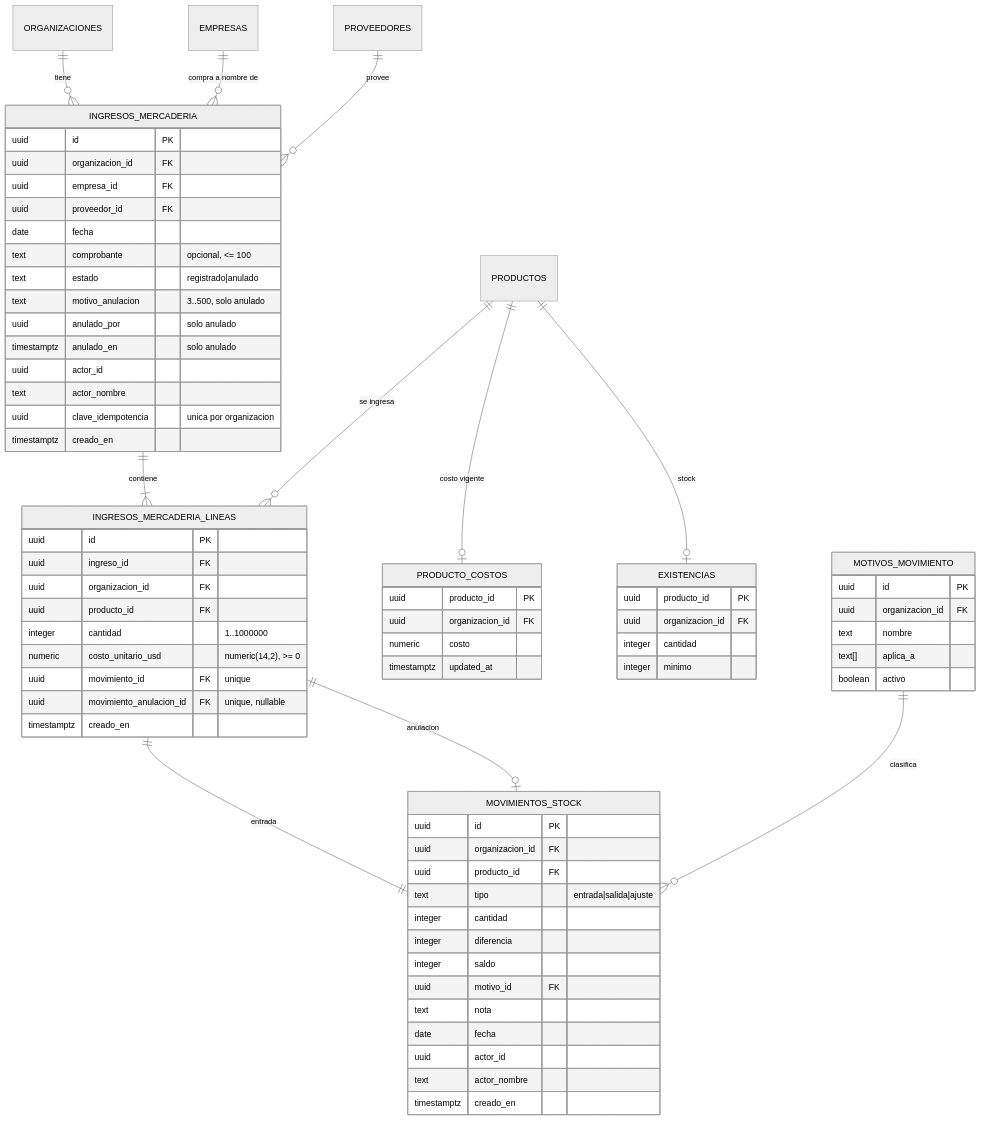
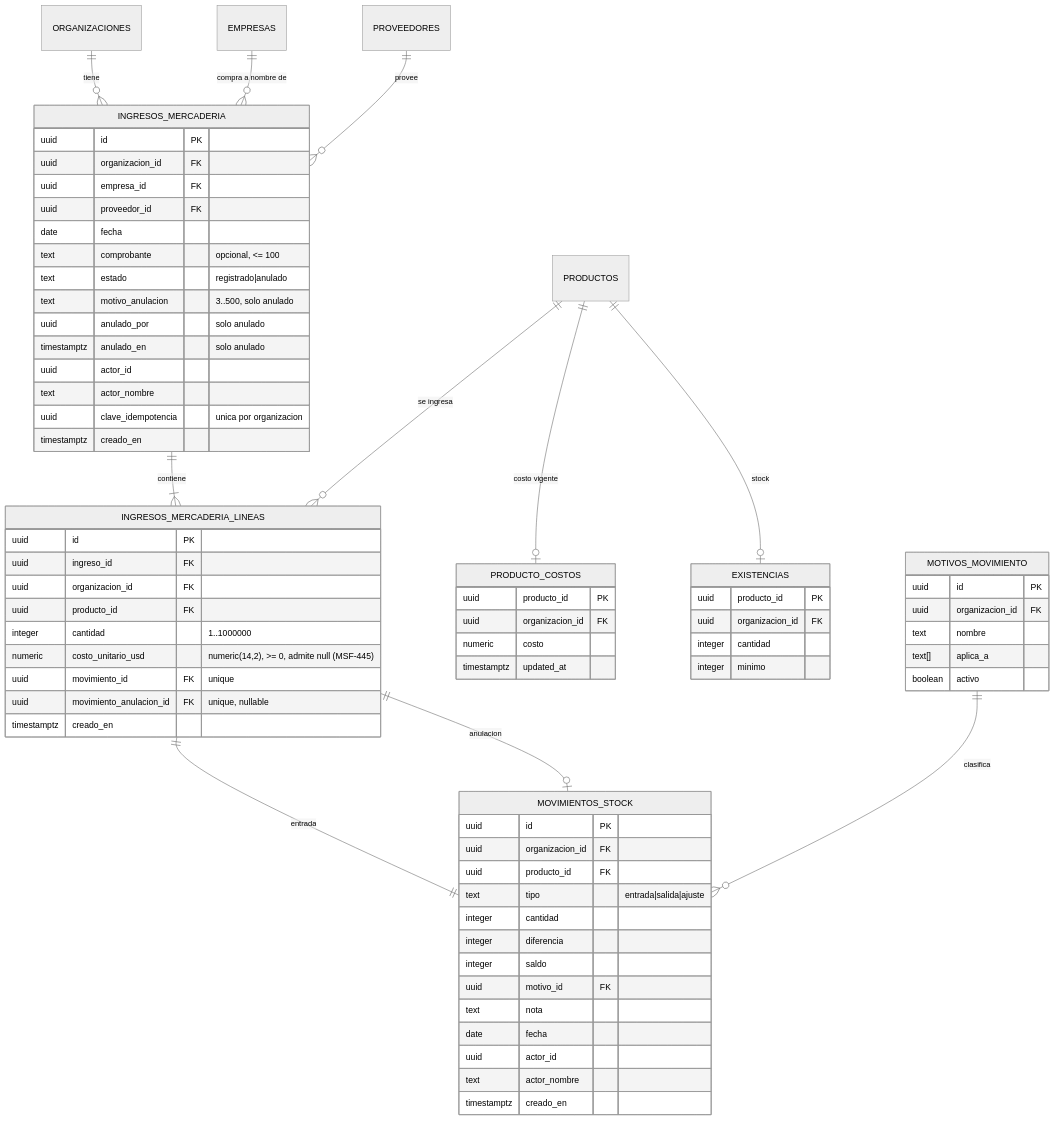
Before and after one commit to nicolasjones/multistorefront-meli: the first of 3 diagrams in docs/tecnico/ingreso-de-mercaderia.md, drawn with Mermaid (neutral theme). The commit also changed other lines of this file and 20 other files, not shown here.

````diff
--- a/docs/tecnico/ingreso-de-mercaderia.md
+++ b/docs/tecnico/ingreso-de-mercaderia.md
@@ -47,75 +47,75 @@
 ```mermaid
 erDiagram
   ORGANIZACIONES ||--o{ INGRESOS_MERCADERIA : tiene
   EMPRESAS ||--o{ INGRESOS_MERCADERIA : "compra a nombre de"
   PROVEEDORES ||--o{ INGRESOS_MERCADERIA : provee
   INGRESOS_MERCADERIA ||--|{ INGRESOS_MERCADERIA_LINEAS : contiene
   PRODUCTOS ||--o{ INGRESOS_MERCADERIA_LINEAS : "se ingresa"
   PRODUCTOS ||--o| PRODUCTO_COSTOS : "costo vigente"
   PRODUCTOS ||--o| EXISTENCIAS : "stock"
   INGRESOS_MERCADERIA_LINEAS ||--|| MOVIMIENTOS_STOCK : "entrada"
   INGRESOS_MERCADERIA_LINEAS ||--o| MOVIMIENTOS_STOCK : "anulacion"
   MOTIVOS_MOVIMIENTO ||--o{ MOVIMIENTOS_STOCK : clasifica
 
   INGRESOS_MERCADERIA {
     uuid id PK
     uuid organizacion_id FK
     uuid empresa_id FK
     uuid proveedor_id FK
     date fecha
     text comprobante "opcional, <= 100"
     text estado "registrado|anulado"
     text motivo_anulacion "3..500, solo anulado"
     uuid anulado_por "solo anulado"
     timestamptz anulado_en "solo anulado"
     uuid actor_id
     text actor_nombre
     uuid clave_idempotencia "unica por organizacion"
     timestamptz creado_en
   }
   INGRESOS_MERCADERIA_LINEAS {
     uuid id PK
     uuid ingreso_id FK
     uuid organizacion_id FK
     uuid producto_id FK
     integer cantidad "1..1000000"
-    numeric costo_unitario_usd "numeric(14,2), >= 0"
+    numeric costo_unitario_usd "numeric(14,2), >= 0, admite null (MSF-445)"
     uuid movimiento_id FK "unique"
     uuid movimiento_anulacion_id FK "unique, nullable"
     timestamptz creado_en
   }
   MOVIMIENTOS_STOCK {
     uuid id PK
     uuid organizacion_id FK
     uuid producto_id FK
     text tipo "entrada|salida|ajuste"
     integer cantidad
     integer diferencia
     integer saldo
     uuid motivo_id FK
     text nota
     date fecha
     uuid actor_id
     text actor_nombre
     timestamptz creado_en
   }
   MOTIVOS_MOVIMIENTO {
     uuid id PK
     uuid organizacion_id FK
     text nombre
     text[] aplica_a
     boolean activo
   }
   PRODUCTO_COSTOS {
     uuid producto_id PK
     uuid organizacion_id FK
     numeric costo
     timestamptz updated_at
   }
   EXISTENCIAS {
     uuid producto_id PK
     uuid organizacion_id FK
     integer cantidad
     integer minimo
   }
 ```
````
